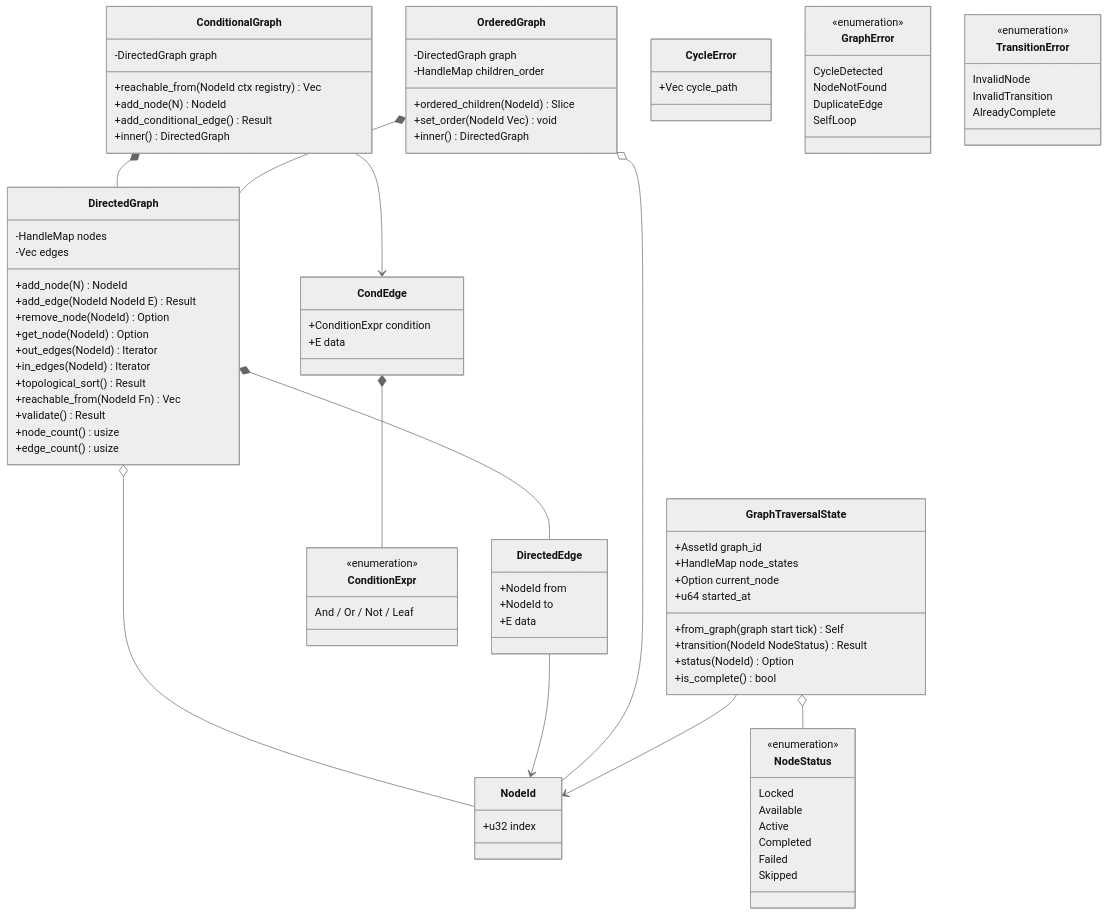
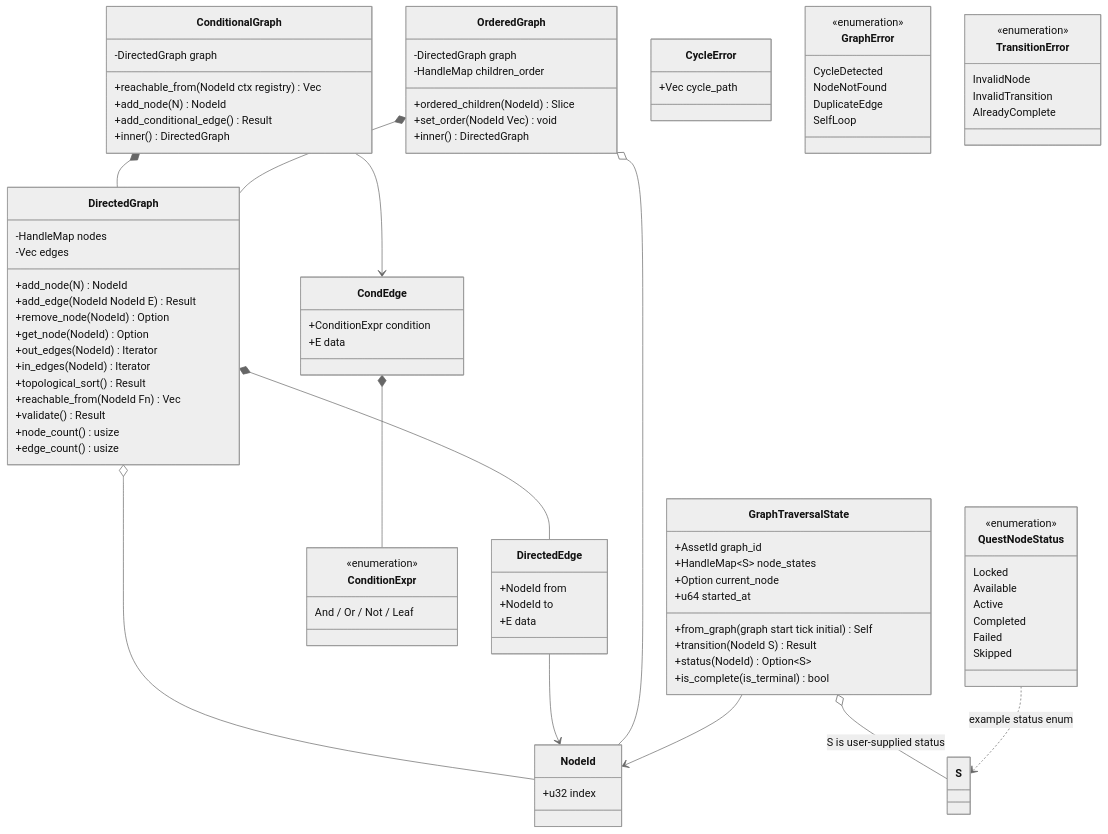
The first of 3 diagrams in docs/design/data-systems/directed-graphs.md (harmonius-dev/harmonius), drawn with Mermaid (neutral theme) before and after one commit. The commit also changed other lines of this file and 143 other files, not shown here.

```diff
--- a/docs/design/data-systems/directed-graphs.md
+++ b/docs/design/data-systems/directed-graphs.md
@@ -110,8 +121,9 @@
     CondEdge *-- ConditionExpr
     OrderedGraph *-- DirectedGraph
     OrderedGraph o-- NodeId
-    GraphTraversalState o-- NodeStatus
+    GraphTraversalState o-- S : S is user-supplied status
     GraphTraversalState --> NodeId
+    QuestNodeStatus ..> S : example status enum
 
     class NodeId {
         +u32 index
@@ -165,22 +177,22 @@
         +inner() DirectedGraph
     }
 
-    class GraphTraversalState {
+    class GraphTraversalState~S~ {
         +AssetId graph_id
-        +HandleMap node_states
+        +HandleMap~S~ node_states
         +Option current_node
         +u64 started_at
-        +from_graph(graph start tick) Self
-        +transition(NodeId NodeStatus) Result
-        +status(NodeId) Option
-        +is_complete() bool
+        +from_graph(graph start tick initial) Self
+        +transition(NodeId S) Result
+        +status(NodeId) Option~S~
+        +is_complete(is_terminal) bool
     }
 
     class CycleError {
         +Vec cycle_path
     }
 
-    class NodeStatus {
+    class QuestNodeStatus {
         <<enumeration>>
         Locked
         Available
```
